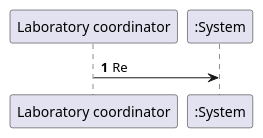
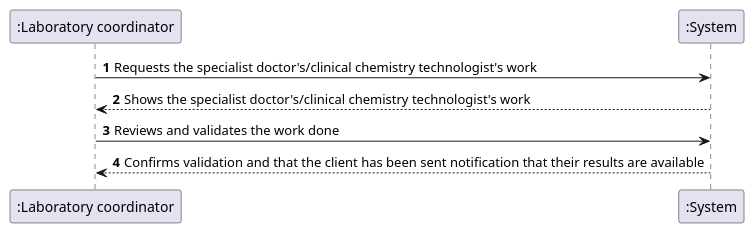
The diagram in docs/SprintC/US15/US15_SSD.puml (MadDinosaur/ISEP-LAPR2), drawn with PlantUML before and after one commit. The commit also changed 1 other file, not shown here.

```diff
--- a/docs/SprintC/US15/US15_SSD.puml
+++ b/docs/SprintC/US15/US15_SSD.puml
@@ -1,8 +1,11 @@
 @startuml
 'https://plantuml.com/sequence-diagram
 
 autonumber
 
-"Laboratory coordinator" -> ":System": Re
+":Laboratory coordinator" -> ":System": Requests the specialist doctor's/clinical chemistry technologist's work
+":System" --> ":Laboratory coordinator": Shows the specialist doctor's/clinical chemistry technologist's work
+":Laboratory coordinator" -> ":System": Reviews and validates the work done
+":System" --> ":Laboratory coordinator": Confirms validation and that the client has been sent notification that their results are available
 
 @enduml
```
